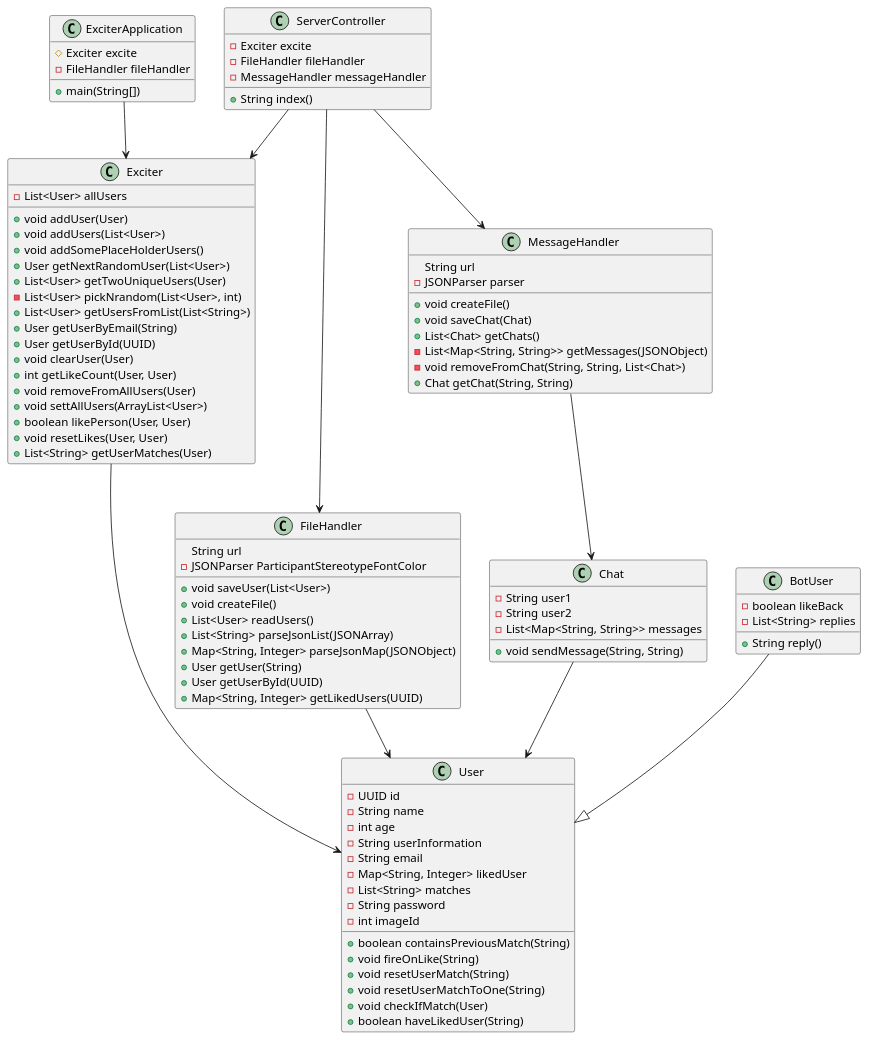
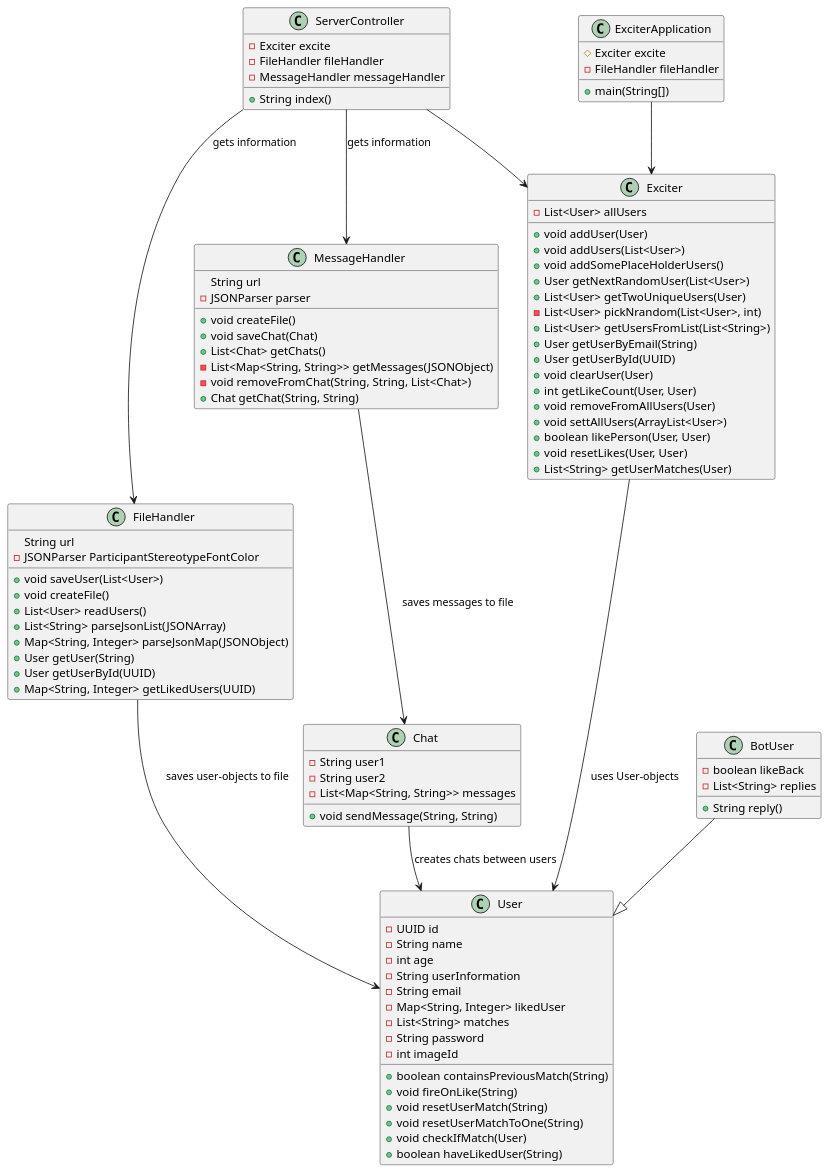
One commit to Tordsg/Xcitr changed the diagram in docs/release 3/whole.plantUML. Above: the diagram before and after it, drawn with PlantUML.

Commit message:
added comments

```diff
--- a/docs/release 3/whole.plantUML
+++ b/docs/release 3/whole.plantUML
@@ -1,112 +1,112 @@
 @startuml restserver
 
 class ServerController {
     -Exciter excite
     -FileHandler fileHandler
     -MessageHandler messageHandler
     +String index()
 
 
 }
 
 class ExciterApplication{
     #Exciter excite
     -FileHandler fileHandler
     +main(String[])
 
 }
 
 class User{
     -UUID id
     -String name
     -int age
     -String userInformation
     -String email
     -Map<String, Integer> likedUser
     -List<String> matches
     -String password
     -int imageId
     +boolean containsPreviousMatch(String)
     +void fireOnLike(String)
     +void resetUserMatch(String)
     +void resetUserMatchToOne(String)
     +void checkIfMatch(User)
     +boolean haveLikedUser(String)
 }
 
 class BotUser{
     -boolean likeBack
     -List<String> replies
     + String reply()
 
 }
 
 class Exciter{
     -List<User> allUsers
     +void addUser(User)
     +void addUsers(List<User>)
     +void addSomePlaceHolderUsers()
     +User getNextRandomUser(List<User>)
     +List<User> getTwoUniqueUsers(User)
     -List<User> pickNrandom(List<User>, int)
     +List<User> getUsersFromList(List<String>)
     +User getUserByEmail(String)
     +User getUserById(UUID)
     +void clearUser(User)
     +int getLikeCount(User, User)
     +void removeFromAllUsers(User)
     +void settAllUsers(ArrayList<User>)
     +boolean likePerson(User, User)
     +void resetLikes(User, User)
     +List<String> getUserMatches(User)
 
 }
 
 class FileHandler{
     String url
     -JSONParser ParticipantStereotypeFontColor
     +void saveUser(List<User>)
     +void createFile()
     +List<User> readUsers()
     +List<String> parseJsonList(JSONArray)
     +Map<String, Integer> parseJsonMap(JSONObject)
     +User getUser(String)
     +User getUserById(UUID)
     +Map<String, Integer> getLikedUsers(UUID)
 
 }
 
 class MessageHandler{
     String url
     -JSONParser parser
     +void createFile()
     +void saveChat(Chat)
     +List<Chat> getChats()
     -List<Map<String, String>> getMessages(JSONObject)
     -void removeFromChat(String, String, List<Chat>)
     +Chat getChat(String, String)
 }
 
 
 class Chat{
     -String user1
     -String user2
     -List<Map<String, String>> messages
     +void sendMessage(String, String)
 
 }
 
 BotUser --|> User
-Exciter --> User
-FileHandler --> User
-Chat--> User
-MessageHandler --> Chat
+Exciter --> User: uses User-objects 
+FileHandler --> User: saves user-objects to file
+Chat--> User: creates chats between users
+MessageHandler --> Chat: saves messages to file
 ExciterApplication --> Exciter
-ServerController --> FileHandler
-ServerController --> MessageHandler
+ServerController --> FileHandler: gets information
+ServerController --> MessageHandler: gets information
 ServerController --> Exciter
 
 
 
 
 @enduml
```
